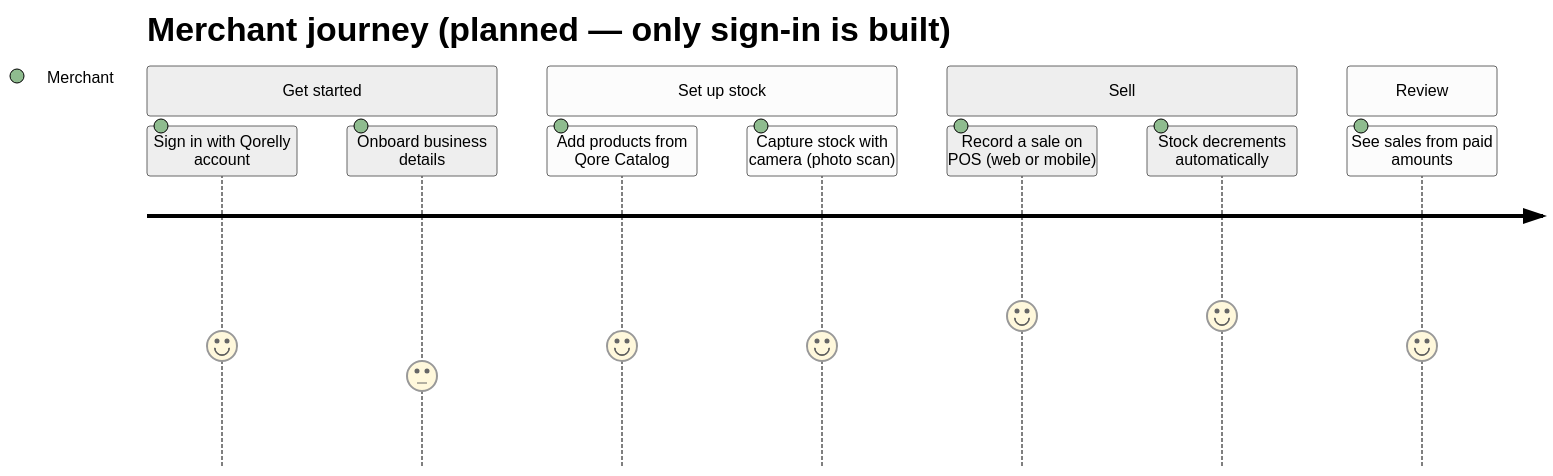
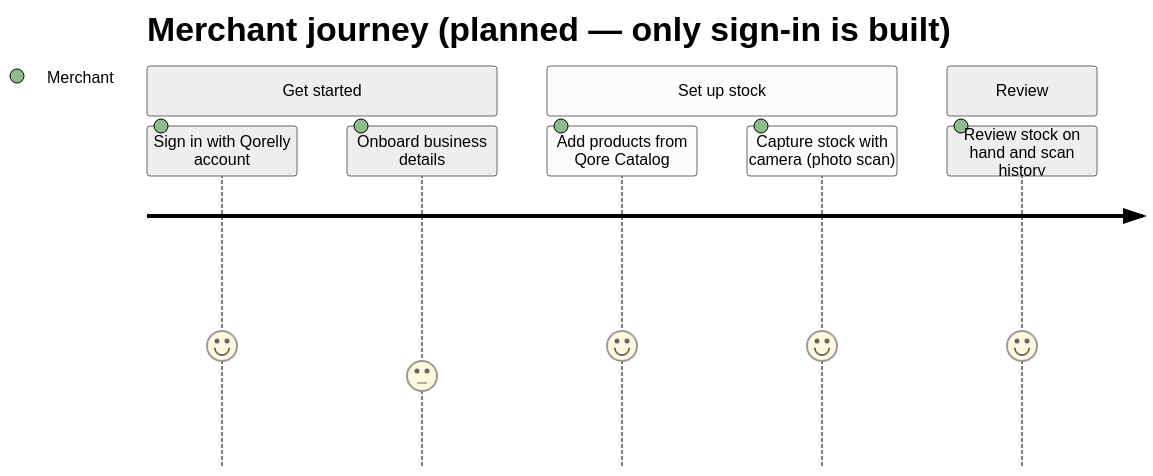
One commit to usecorehq/tally changed the diagram in docs/diagrams/mermaid/merchant-journey.mmd. Above: the diagram before and after it, drawn with Mermaid. The commit also changed 41 other files, not shown here.

```diff
--- a/docs/diagrams/mermaid/merchant-journey.mmd
+++ b/docs/diagrams/mermaid/merchant-journey.mmd
@@ -1,14 +1,11 @@
 %%{init: {"theme": "neutral"} }%%
 journey
     title Merchant journey (planned — only sign-in is built)
     section Get started
       Sign in with Qorelly account: 4: Merchant
       Onboard business details: 3: Merchant
     section Set up stock
       Add products from Qore Catalog: 4: Merchant
       Capture stock with camera (photo scan): 4: Merchant
-    section Sell
-      Record a sale on POS (web or mobile): 5: Merchant
-      Stock decrements automatically: 5: Merchant
     section Review
-      See sales from paid amounts: 4: Merchant
+      Review stock on hand and scan history: 4: Merchant
```
